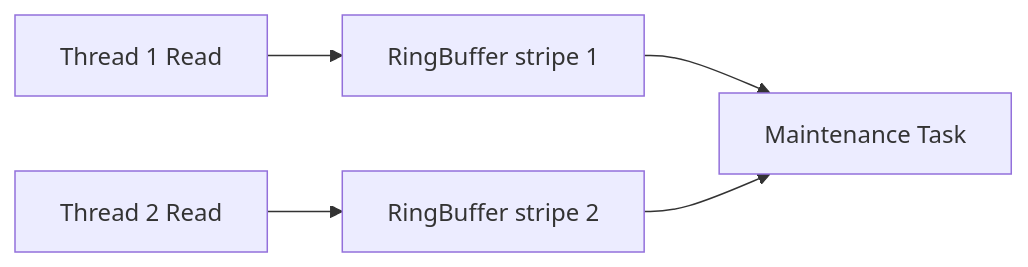
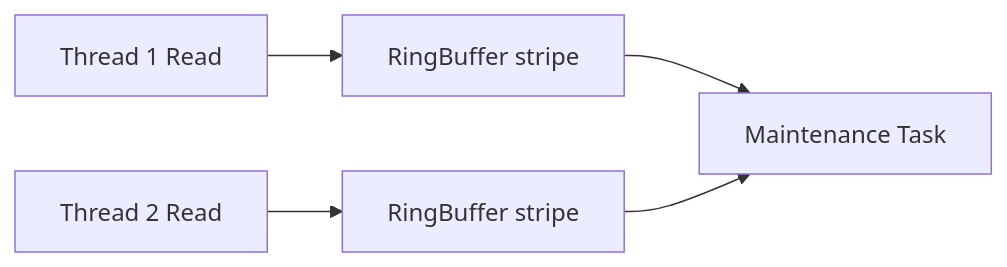
The fourth of 5 diagrams in _posts/localcache/2026-05-01-local-cache-comparison.md (yjkim2015/yjkim2015.github.io), drawn with Mermaid before and after one commit. The commit also changed other lines of this file and 245 other files, not shown here.

First line of the commit message:
Mermaid 다이어그램 전면 수정 + 면접 포인트 접기/펼치기 + DB 데드락 페이지

````diff
--- a/_posts/localcache/2026-05-01-local-cache-comparison.md
+++ b/_posts/localcache/2026-05-01-local-cache-comparison.md
@@ -449,7 +449,7 @@
 ```mermaid
 graph LR
-    R1["Thread 1 Read"] --> RB["RingBuffer stripe 1"]
-    R2["Thread 2 Read"] --> RB2["RingBuffer stripe 2"]
+    R1["Thread 1 Read"] --> RB["RingBuffer stripe "]
+    R2["Thread 2 Read"] --> RB2["RingBuffer stripe "]
     RB --> MAINT["Maintenance Task"]
     RB2 --> MAINT
 ```
````
